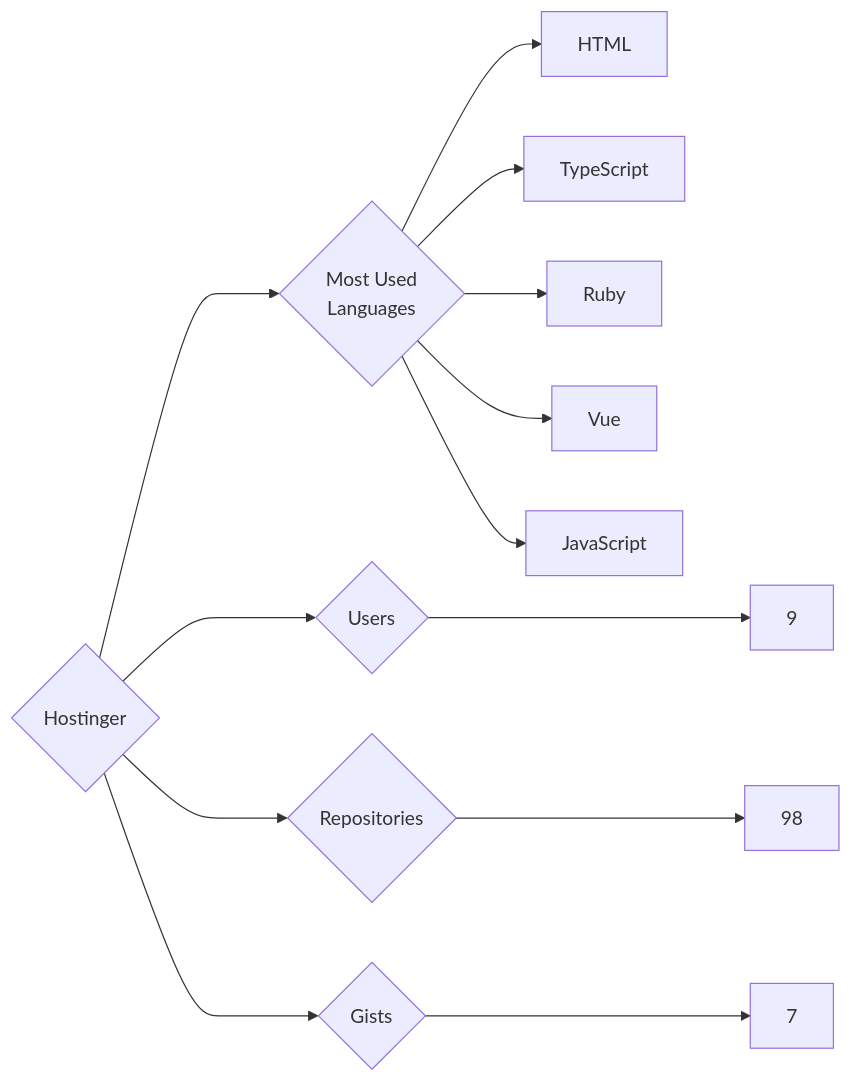
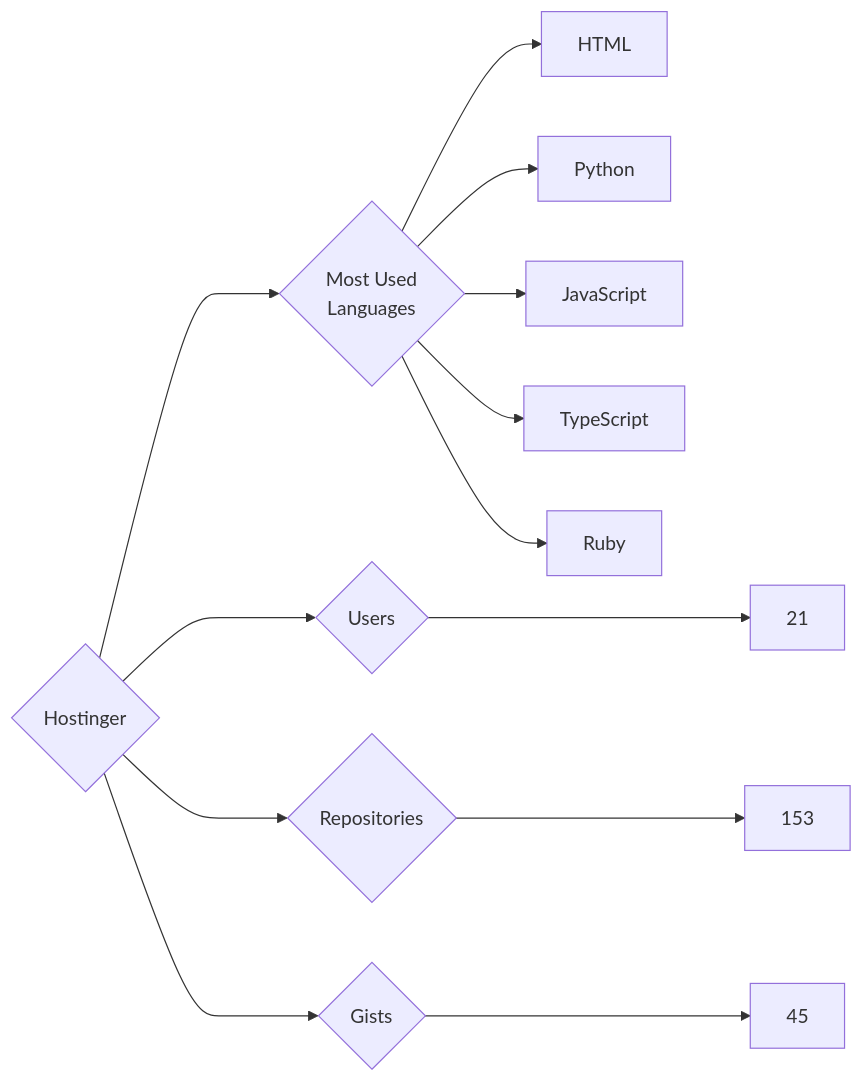
The diagram in targets/Hostinger/README.md (trickest/insiders), drawn with Mermaid before and after one commit. The commit also changed 594 other files, not shown here.

````diff
--- a/targets/Hostinger/README.md
+++ b/targets/Hostinger/README.md
@@ -3,13 +3,13 @@
 ```mermaid
 graph LR
 COMPANY_NAME{Hostinger}
-COMPANY_NAME ---> U{Users} ---> UN[9]
-COMPANY_NAME ---> R{Repositories} ---> RN[98]
-COMPANY_NAME ---> G{Gists} ---> GN[7]
+COMPANY_NAME ---> U{Users} ---> UN[21]
+COMPANY_NAME ---> R{Repositories} ---> RN[153]
+COMPANY_NAME ---> G{Gists} ---> GN[45]
 COMPANY_NAME ---> ML{Most Used<br>Languages}
 ML --> HTML[HTML]
+ML --> Python[Python]
+ML --> JavaScript[JavaScript]
 ML --> TypeScript[TypeScript]
 ML --> Ruby[Ruby]
-ML --> Vue[Vue]
-ML --> JavaScript[JavaScript]
 ```
````
